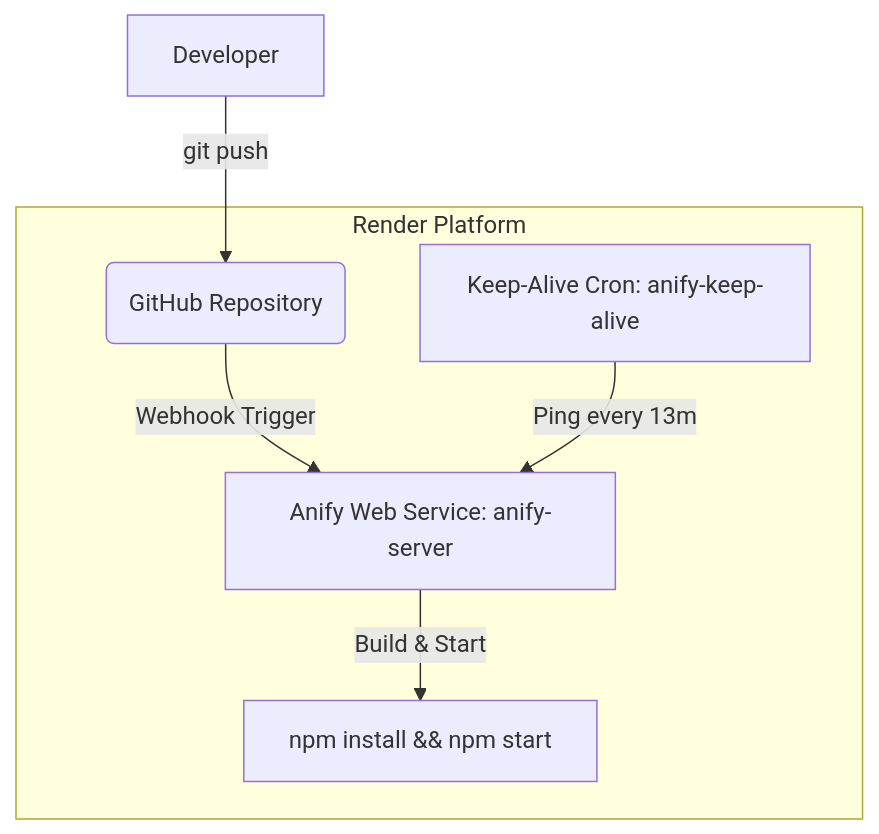
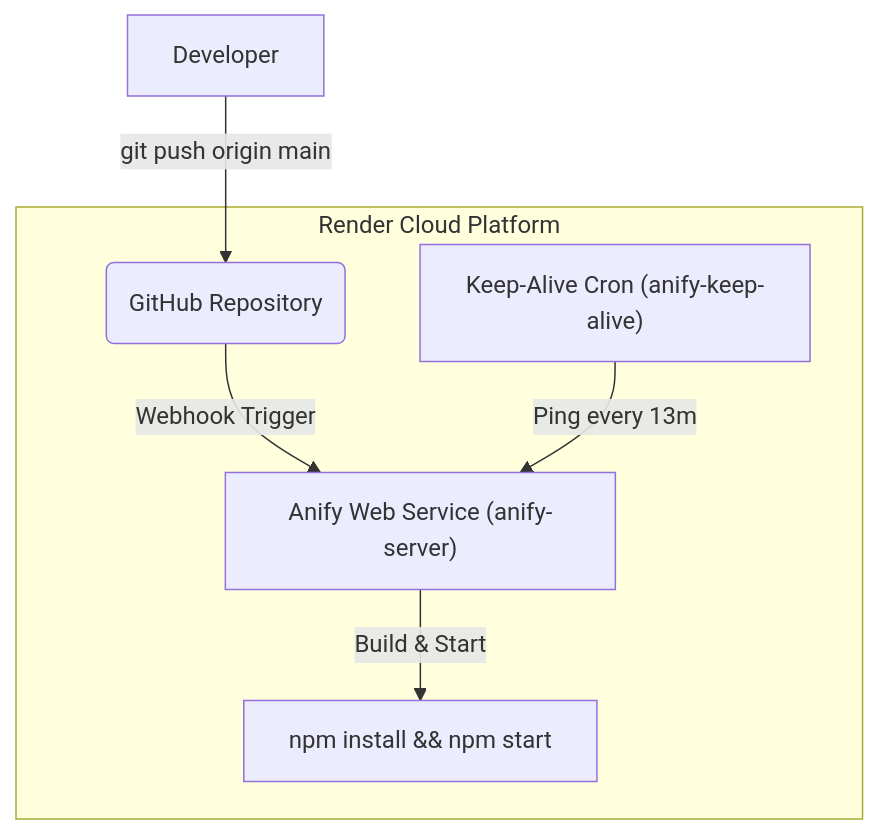
One commit to satyakiran29/Anify_Server changed the fourth of 4 diagrams in README.md. Above: the diagram before and after it, drawn with Mermaid. The commit also changed other lines of this file, not shown here.

````diff
--- a/README.md
+++ b/README.md
@@ -519,11 +650,10 @@
 ```mermaid
 flowchart TD
-    Dev[Developer] -->|git push| GitHub(GitHub Repository)
-    
-    subgraph Render Platform
-        GitHub -->|Webhook Trigger| WebService[Anify Web Service: anify-server]
-        WebService -->|Build & Start| Run[npm install && npm start]
-        
-        CronJob[Keep-Alive Cron: anify-keep-alive] -->|Ping every 13m| WebService
+    Dev[Developer] -->|"git push origin main"| GitHub(GitHub Repository)
+
+    subgraph Render["Render Cloud Platform"]
+        GitHub -->|"Webhook Trigger"| WebService["Anify Web Service (anify-server)"]
+        WebService -->|"Build & Start"| Run["npm install && npm start"]
+        CronJob["Keep-Alive Cron (anify-keep-alive)"] -->|"Ping every 13m"| WebService
     end
 ```
````
